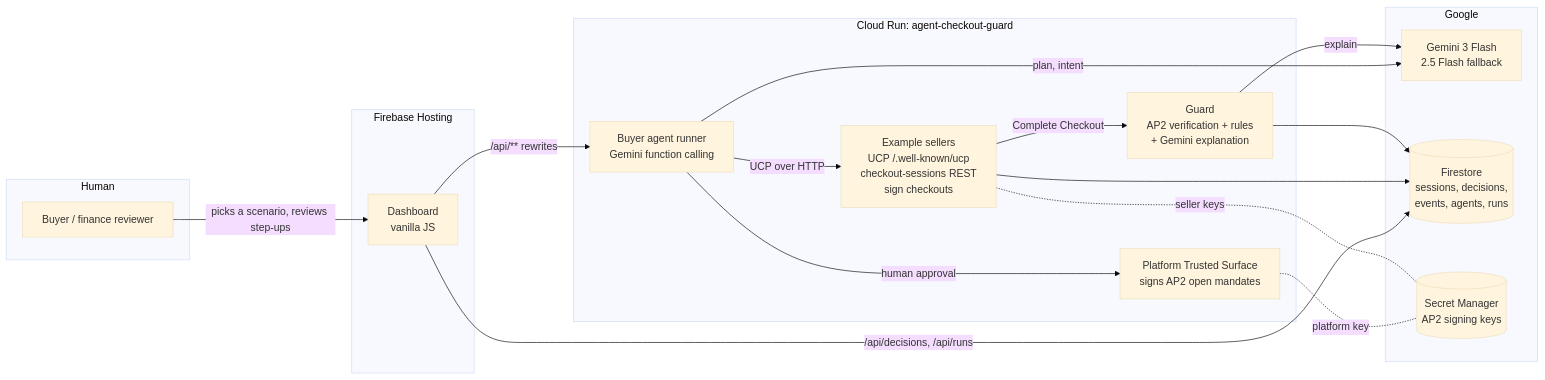
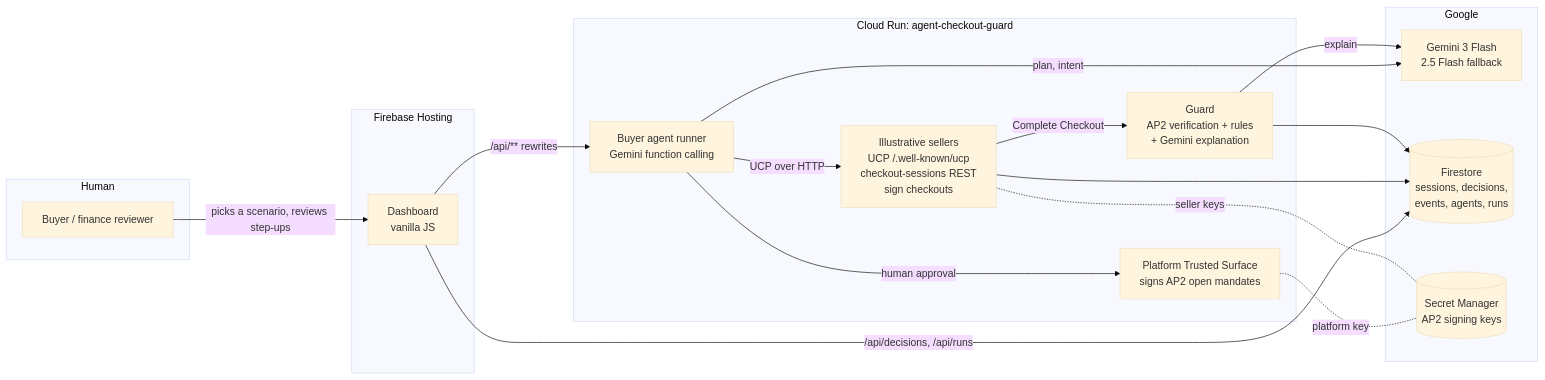
Before and after one commit to anishreddy3/agent-checkout-guard: the first of 3 diagrams in docs/architecture.md, drawn with Mermaid (base theme). The commit also changed 14 other files, not shown here.

First line of the commit message:
Copy: describe sellers as illustrative simulations of a real agent-commerce workflow

````diff
--- a/docs/architecture.md
+++ b/docs/architecture.md
@@ -5,32 +5,32 @@
 ```mermaid
 flowchart LR
   subgraph Human
     U[Buyer / finance reviewer]
   end
   subgraph FirebaseHosting[Firebase Hosting]
     D[Dashboard<br/>vanilla JS]
   end
   subgraph CloudRun[Cloud Run: agent-checkout-guard]
     A[Buyer agent runner<br/>Gemini function calling]
     TS[Platform Trusted Surface<br/>signs AP2 open mandates]
-    S[Example sellers<br/>UCP /.well-known/ucp<br/>checkout-sessions REST<br/>sign checkouts]
+    S[Illustrative sellers<br/>UCP /.well-known/ucp<br/>checkout-sessions REST<br/>sign checkouts]
     G[Guard<br/>AP2 verification + rules<br/>+ Gemini explanation]
   end
   subgraph Google
     GM[Gemini 3 Flash<br/>2.5 Flash fallback]
     FS[(Firestore<br/>sessions, decisions,<br/>events, agents, runs)]
     SM[(Secret Manager<br/>AP2 signing keys)]
   end
   U -- picks a scenario, reviews step-ups --> D
   D -- /api/** rewrites --> A
   D -- /api/decisions, /api/runs --> FS
   A -- UCP over HTTP --> S
   S -- Complete Checkout --> G
   A -- plan, intent --> GM
   G -- explain --> GM
   S --> FS
   G --> FS
   A -- human approval --> TS
   TS -. platform key .- SM
   S -. seller keys .- SM
 ```
````
